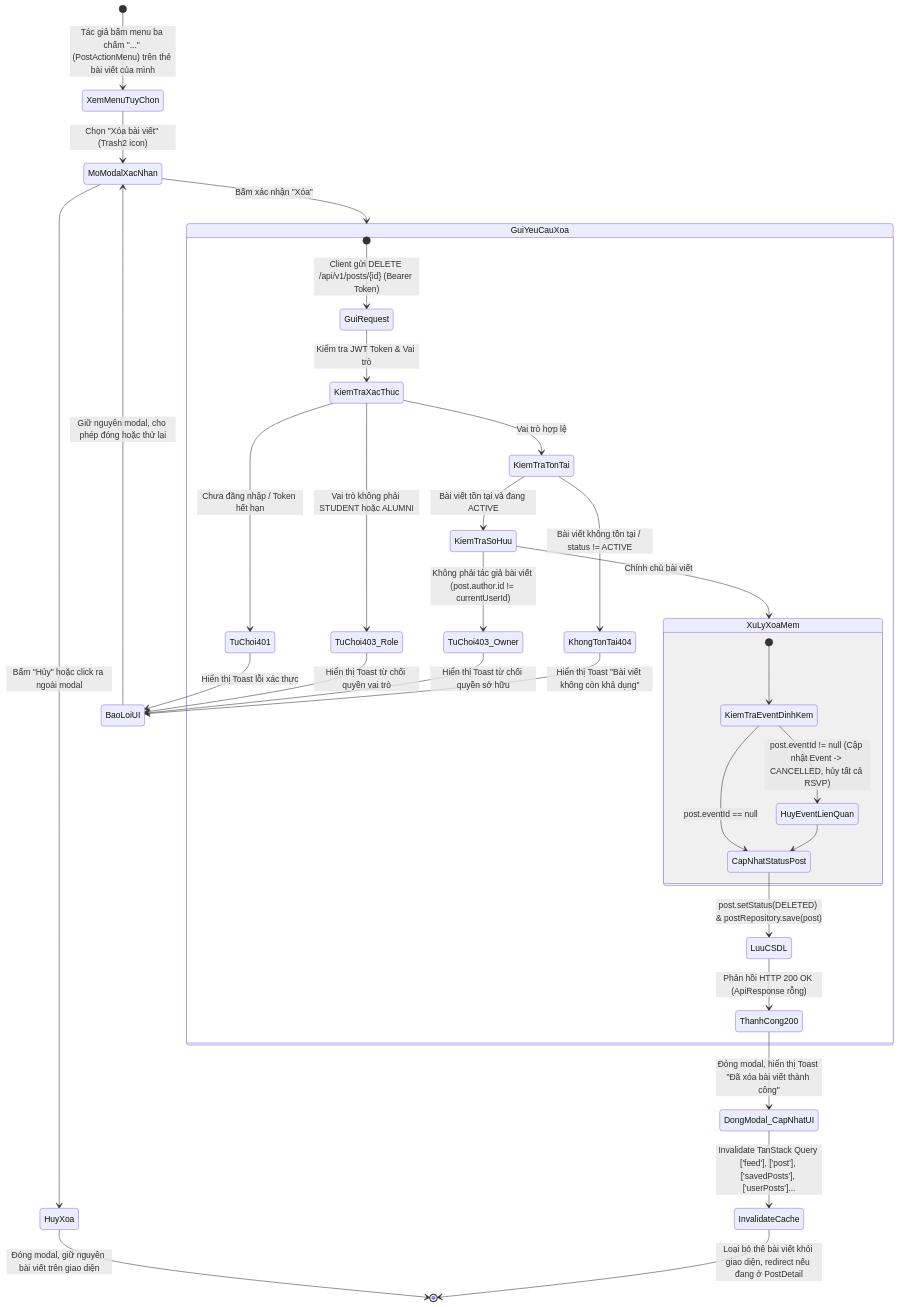
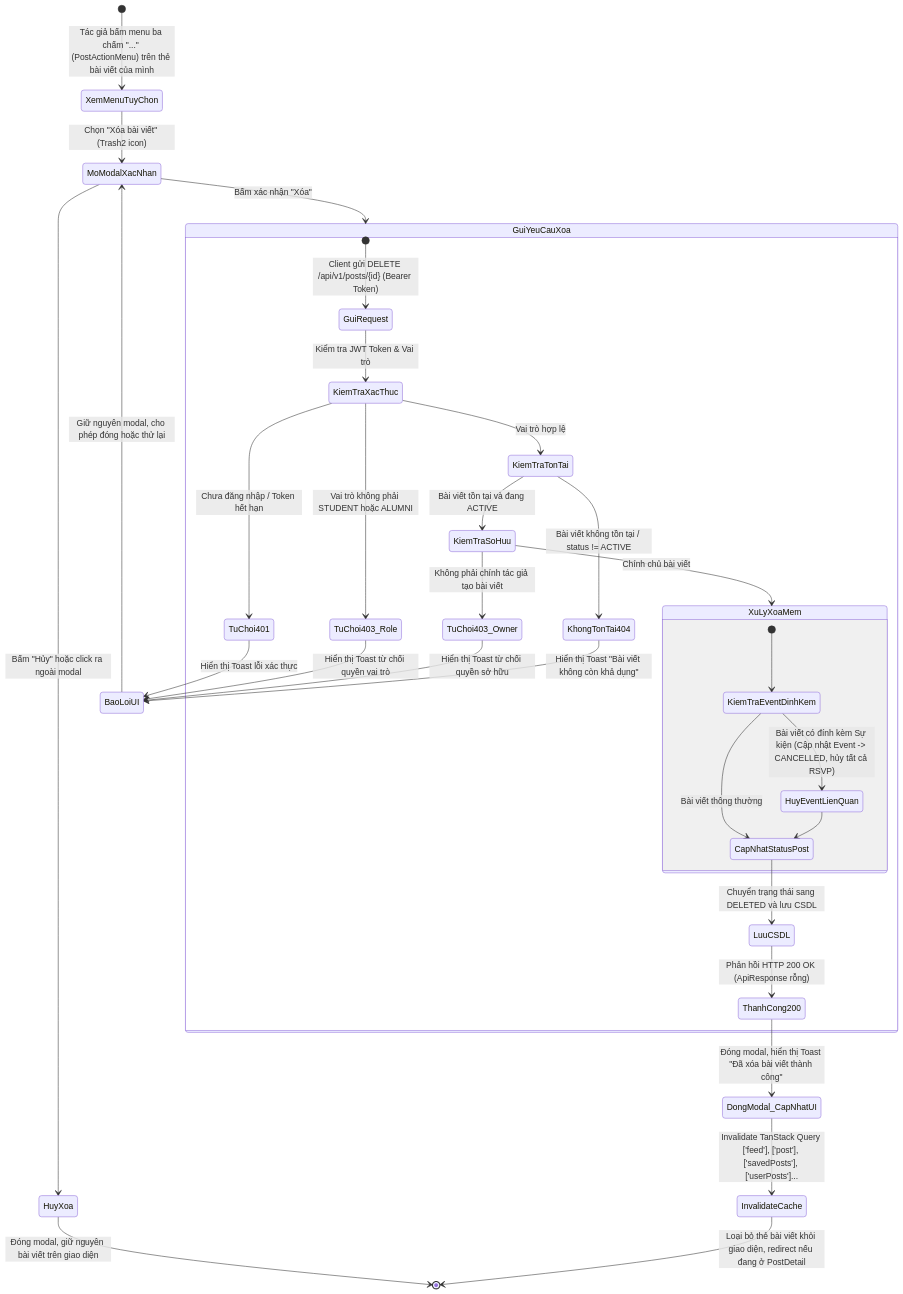
Before and after one commit to Alumnect/Alumnect: the first of 3 diagrams in docs/update_SRS/SRS_UC_23_DeletePost.md, drawn with Mermaid. The commit also changed other lines of this file and 14 other files, not shown here.

Commit message:
docs(srs): cap nhat va chuan hoa toan bo tai lieu dac ta SRS theo mau chuan

````diff
--- a/docs/update_SRS/SRS_UC_23_DeletePost.md
+++ b/docs/update_SRS/SRS_UC_23_DeletePost.md
@@ -7,45 +7,45 @@
 ```mermaid
 stateDiagram-v2
     [*] --> XemMenuTuyChon : Tác giả bấm menu ba chấm "..." (PostActionMenu) trên thẻ bài viết của mình
     XemMenuTuyChon --> MoModalXacNhan : Chọn "Xóa bài viết" (Trash2 icon)
     
     MoModalXacNhan --> HuyXoa : Bấm "Hủy" hoặc click ra ngoài modal
     HuyXoa --> [*] : Đóng modal, giữ nguyên bài viết trên giao diện
 
     MoModalXacNhan --> GuiYeuCauXoa : Bấm xác nhận "Xóa"
     
     state GuiYeuCauXoa {
         [*] --> GuiRequest : Client gửi DELETE /api/v1/posts/{id} (Bearer Token)
         GuiRequest --> KiemTraXacThuc : Kiểm tra JWT Token & Vai trò
         
         KiemTraXacThuc --> TuChoi401 : Chưa đăng nhập / Token hết hạn
         KiemTraXacThuc --> TuChoi403_Role : Vai trò không phải STUDENT hoặc ALUMNI
         KiemTraXacThuc --> KiemTraTonTai : Vai trò hợp lệ
         
         KiemTraTonTai --> KhongTonTai404 : Bài viết không tồn tại / status != ACTIVE
         KiemTraTonTai --> KiemTraSoHuu : Bài viết tồn tại và đang ACTIVE
         
-        KiemTraSoHuu --> TuChoi403_Owner : Không phải tác giả bài viết (post.author.id != currentUserId)
+        KiemTraSoHuu --> TuChoi403_Owner : Không phải chính tác giả tạo bài viết
         KiemTraSoHuu --> XuLyXoaMem : Chính chủ bài viết
         
         state XuLyXoaMem {
             [*] --> KiemTraEventDinhKem
-            KiemTraEventDinhKem --> HuyEventLienQuan : post.eventId != null (Cập nhật Event -> CANCELLED, hủy tất cả RSVP)
-            KiemTraEventDinhKem --> CapNhatStatusPost : post.eventId == null
+            KiemTraEventDinhKem --> HuyEventLienQuan : Bài viết có đính kèm Sự kiện (Cập nhật Event -> CANCELLED, hủy tất cả RSVP)
+            KiemTraEventDinhKem --> CapNhatStatusPost : Bài viết thông thường
             HuyEventLienQuan --> CapNhatStatusPost
-            CapNhatStatusPost --> LuuCSDL : post.setStatus(DELETED) & postRepository.save(post)
+            CapNhatStatusPost --> LuuCSDL : Chuyển trạng thái sang DELETED và lưu CSDL
         }
         
         LuuCSDL --> ThanhCong200 : Phản hồi HTTP 200 OK (ApiResponse rỗng)
     }
 
     ThanhCong200 --> DongModal_CapNhatUI : Đóng modal, hiển thị Toast "Đã xóa bài viết thành công"
     DongModal_CapNhatUI --> InvalidateCache : Invalidate TanStack Query ['feed'], ['post'], ['savedPosts'], ['userPosts']...
     InvalidateCache --> [*] : Loại bỏ thẻ bài viết khỏi giao diện, redirect nếu đang ở PostDetail
     
     TuChoi401 --> BaoLoiUI : Hiển thị Toast lỗi xác thực
     TuChoi403_Role --> BaoLoiUI : Hiển thị Toast từ chối quyền vai trò
     TuChoi403_Owner --> BaoLoiUI : Hiển thị Toast từ chối quyền sở hữu
     KhongTonTai404 --> BaoLoiUI : Hiển thị Toast "Bài viết không còn khả dụng"
     BaoLoiUI --> MoModalXacNhan : Giữ nguyên modal, cho phép đóng hoặc thử lại
 ```
````
